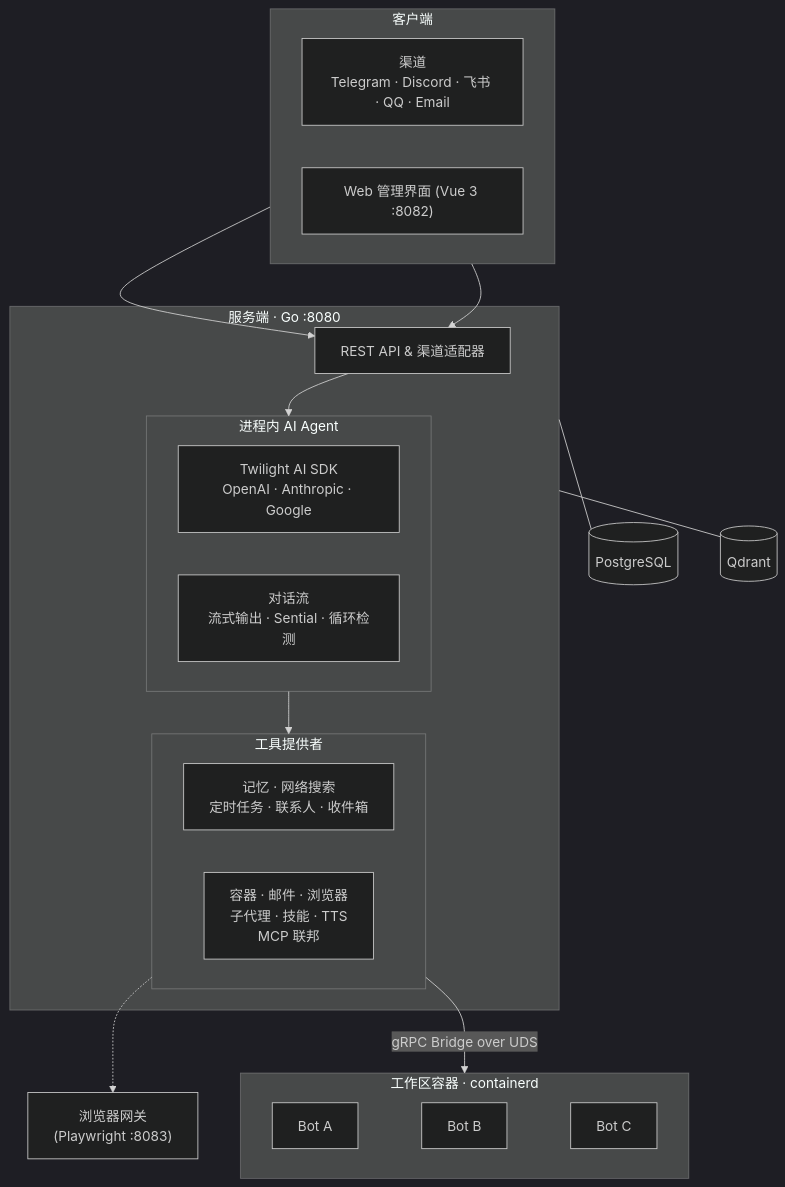
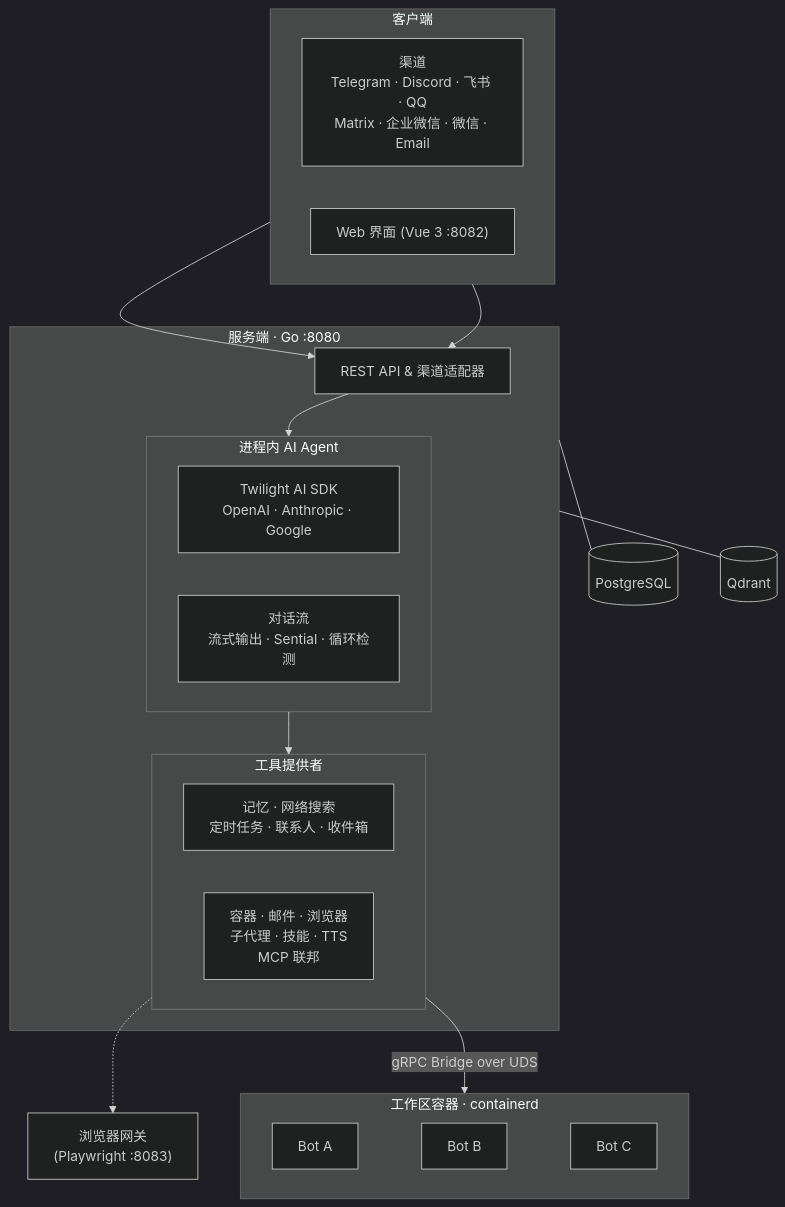
One commit to memohai/Memoh changed the diagram in README_CN.md. Above: the diagram before and after it, drawn with Mermaid (dark theme). The commit also changed other lines of this file and 1 other file, not shown here.

````diff
--- a/README_CN.md
+++ b/README_CN.md
@@ -138,41 +143,41 @@
 ```mermaid
 flowchart TB
     subgraph Clients [" 客户端 "]
         direction LR
-        CH["渠道<br/>Telegram · Discord · 飞书 · QQ · Email"]
-        WEB["Web 管理界面 (Vue 3 :8082)"]
+        CH["渠道<br/>Telegram · Discord · 飞书 · QQ<br/>Matrix · 企业微信 · 微信 · Email"]
+        WEB["Web 界面 (Vue 3 :8082)"]
     end
 
     CH & WEB --> API
 
     subgraph Server [" 服务端 · Go :8080 "]
         API["REST API & 渠道适配器"]
 
         subgraph Agent [" 进程内 AI Agent "]
             TWILIGHT["Twilight AI SDK<br/>OpenAI · Anthropic · Google"]
             CONV["对话流<br/>流式输出 · Sential · 循环检测"]
         end
 
         subgraph ToolProviders [" 工具提供者 "]
             direction LR
             T_CORE["记忆 · 网络搜索<br/>定时任务 · 联系人 · 收件箱"]
             T_EXT["容器 · 邮件 · 浏览器<br/>子代理 · 技能 · TTS<br/>MCP 联邦"]
         end
 
         API --> Agent --> ToolProviders
     end
 
     PG[("PostgreSQL")]
     QD[("Qdrant")]
     BROWSER["浏览器网关<br/>(Playwright :8083)"]
 
     subgraph Workspace [" 工作区容器 · containerd "]
         direction LR
         BA["Bot A"] ~~~ BB["Bot B"] ~~~ BC["Bot C"]
     end
 
     Server --- PG
     Server --- QD
     ToolProviders -.-> BROWSER
     ToolProviders -- "gRPC Bridge over UDS" --> Workspace
 ```
````
